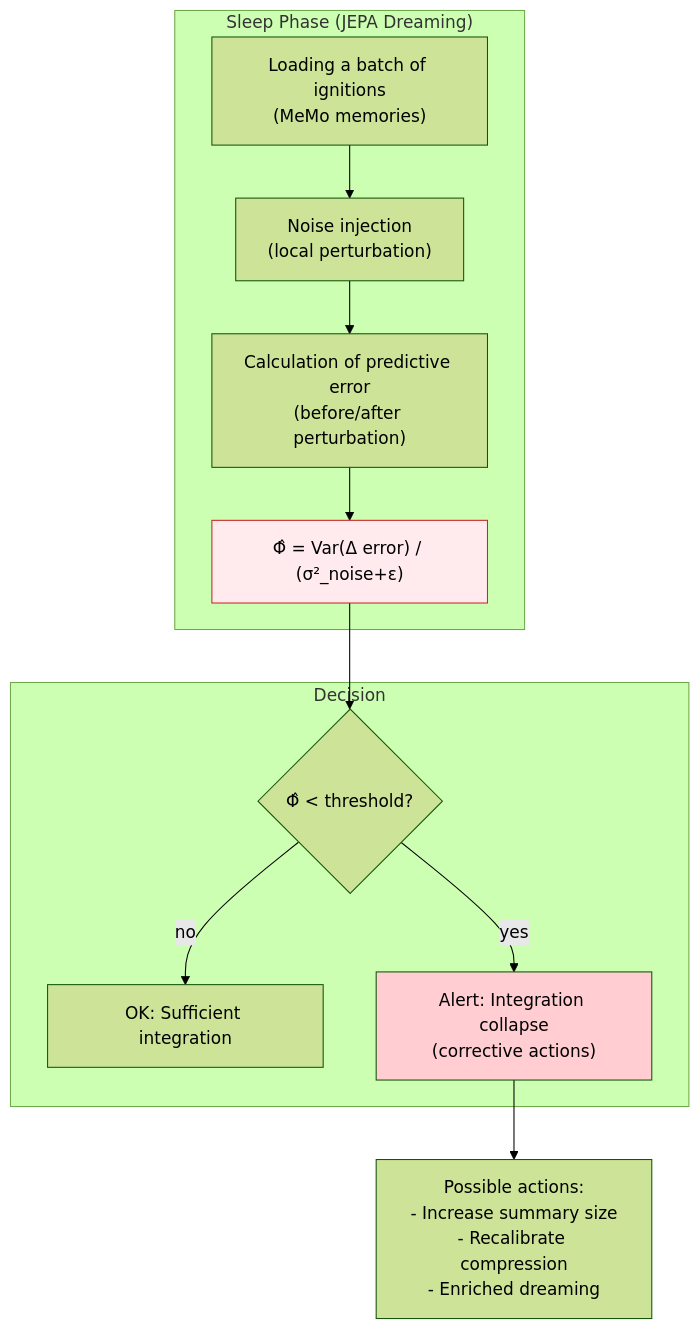
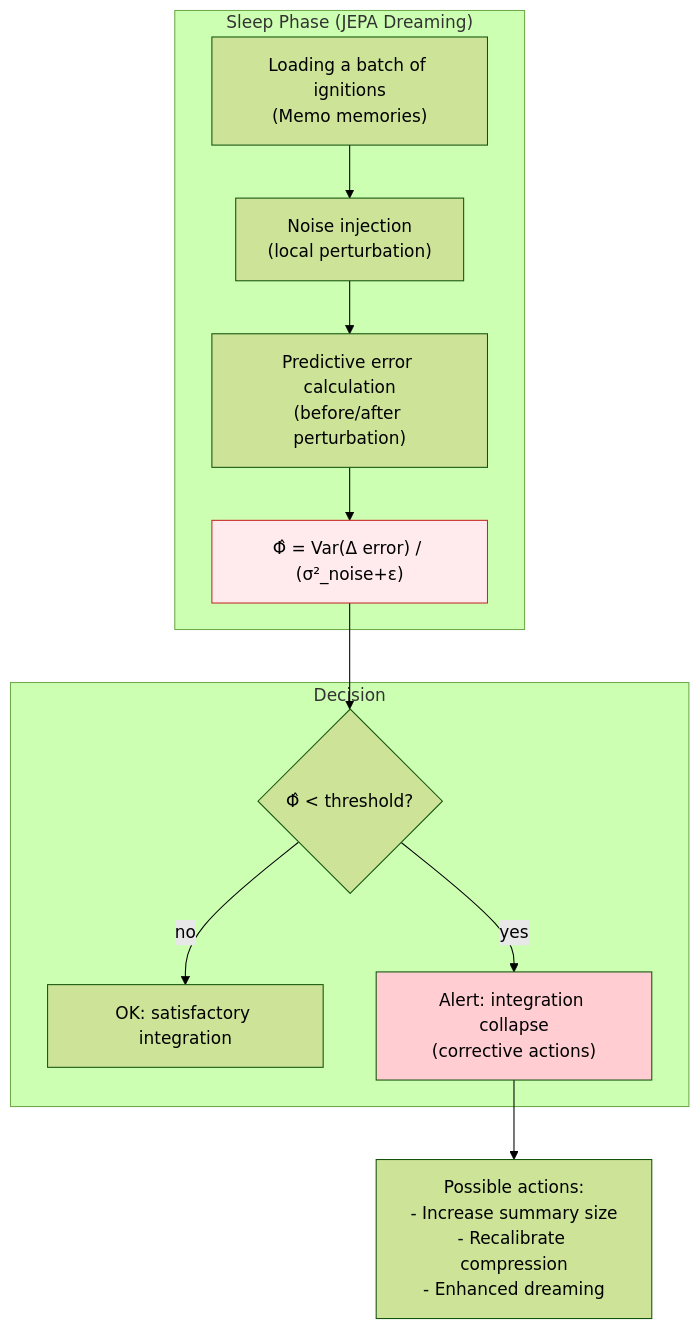
The fifth of 5 diagrams in concepts/concepts.md (AlainCo/GNWT-Garrigue-X-en), drawn with Mermaid (forest theme) before and after one commit. The commit also changed other lines of this file and 21 other files, not shown here.

````diff
--- a/concepts/concepts.md
+++ b/concepts/concepts.md
@@ -760,24 +643,24 @@
 ```mermaid
 flowchart TD
     subgraph Sleep ["Sleep Phase (JEPA Dreaming)"]
-        A["Loading a batch of ignitions\n(MeMo memories)"]
+        A["Loading a batch of ignitions\n(Memo memories)"]
         B["Noise injection\n(local perturbation)"]
-        C["Calculation of predictive error\n(before/after perturbation)"]
+        C["Predictive error calculation\n(before/after perturbation)"]
         D["Φ̂ = Var(Δ error) / (σ²_noise+ε)"]
     end
 
     subgraph Alert ["Decision"]
         E{Φ̂ < threshold?}
-        F["OK: Sufficient integration"]
-        G["Alert: Integration collapse\n(corrective actions)"]
+        F["OK: satisfactory integration"]
+        G["Alert: integration collapse\n(corrective actions)"]
     end
 
     A --> B --> C --> D --> E
     E -->|no| F
     E -->|yes| G
 
-    G --> H["Possible actions:\n- Increase summary size\n- Recalibrate compression\n- Enriched dreaming"]
+    G --> H["Possible actions:\n- Increase summary size\n- Recalibrate compression\n- Enhanced dreaming"]
 
     style D fill:#ffebee,stroke:#c62828
     style G fill:#ffcdd2
 ```
````
